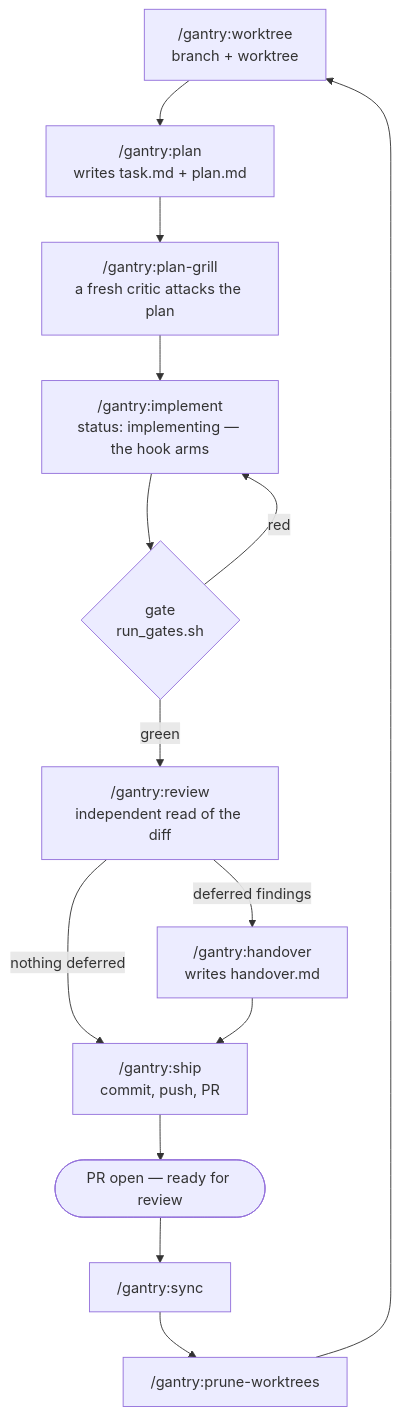
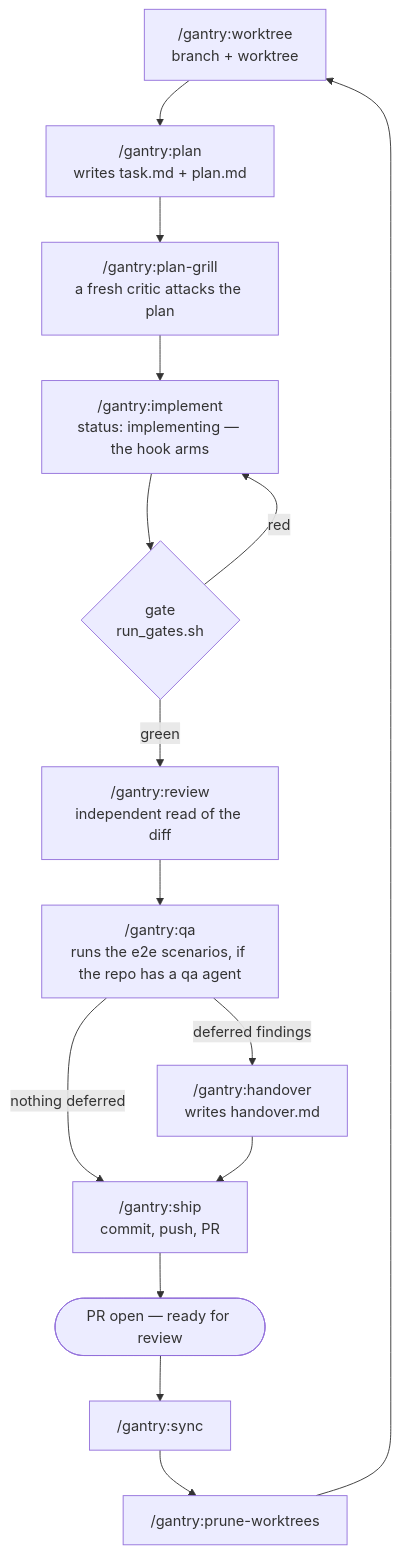
One commit to kostya-epifanov/claude-gantry changed the diagram in README.md. Above: the diagram before and after it, drawn with Mermaid. The commit also changed other lines of this file and 28 other files, not shown here.

````diff
--- a/README.md
+++ b/README.md
@@ -65,16 +65,17 @@
 ```mermaid
 flowchart TD
   W["/gantry:worktree<br/>branch + worktree"] --> P["/gantry:plan<br/>writes task.md + plan.md"]
   P --> G["/gantry:plan-grill<br/>a fresh critic attacks the plan"]
   G --> I["/gantry:implement<br/>status: implementing — the hook arms"]
   I --> GATE{"gate<br/>run_gates.sh"}
   GATE -- "red" --> I
   GATE -- "green" --> R["/gantry:review<br/>independent read of the diff"]
-  R -- "deferred findings" --> H["/gantry:handover<br/>writes handover.md"]
-  R -- "nothing deferred" --> S["/gantry:ship<br/>commit, push, PR"]
+  R --> Q["/gantry:qa<br/>runs the e2e scenarios, if the repo has a qa agent"]
+  Q -- "deferred findings" --> H["/gantry:handover<br/>writes handover.md"]
+  Q -- "nothing deferred" --> S["/gantry:ship<br/>commit, push, PR"]
   H --> S
   S --> PR(["PR open — ready for review"])
   PR --> SY["/gantry:sync"]
   SY --> PW["/gantry:prune-worktrees"]
   PW --> W
 ```
````
